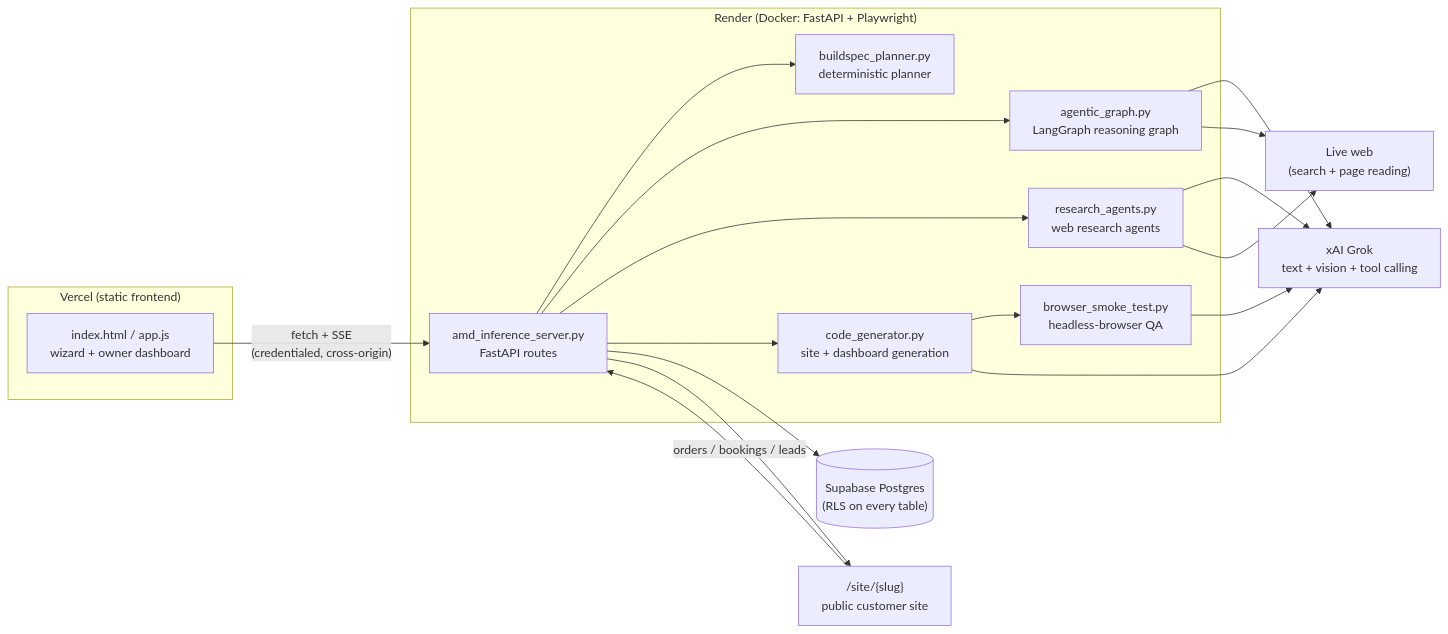
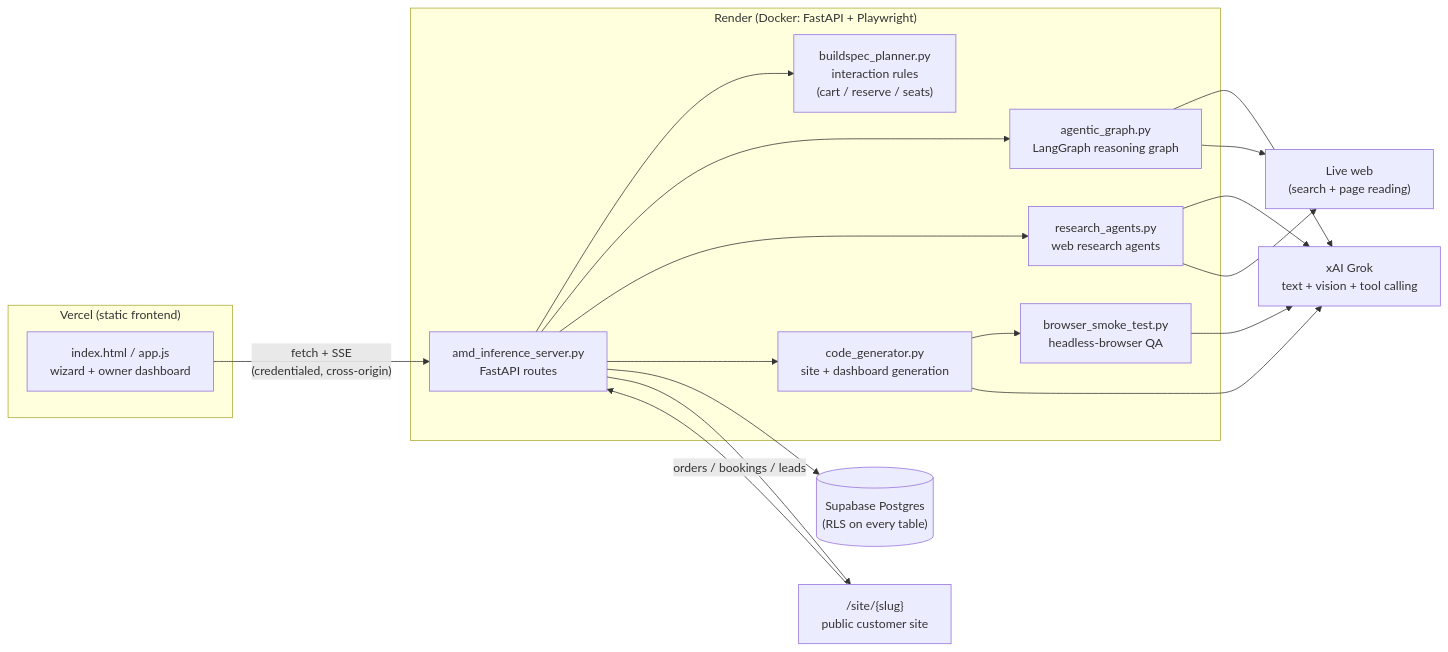
The first of 2 diagrams in README.md (Abhij248/LaunchFoundary-AI), drawn with Mermaid before and after one commit. The commit also changed other lines of this file, not shown here.

First line of the commit message:
README: relabel buildspec_planner as interaction rules; tidy hosting note

````diff
--- a/README.md
+++ b/README.md
@@ -40,29 +44,29 @@
 ```mermaid
 flowchart LR
     subgraph Vercel["Vercel (static frontend)"]
         UI["index.html / app.js<br/>wizard + owner dashboard"]
     end
 
     subgraph Render["Render (Docker: FastAPI + Playwright)"]
         API["amd_inference_server.py<br/>FastAPI routes"]
-        BS["buildspec_planner.py<br/>deterministic planner"]
+        BS["buildspec_planner.py<br/>interaction rules<br/>(cart / reserve / seats)"]
         G["agentic_graph.py<br/>LangGraph reasoning graph"]
         R["research_agents.py<br/>web research agents"]
         CG["code_generator.py<br/>site + dashboard generation"]
         ST["browser_smoke_test.py<br/>headless-browser QA"]
     end
 
     DB[("Supabase Postgres<br/>(RLS on every table)")]
     LLM["xAI Grok<br/>text + vision + tool calling"]
     WEB["Live web<br/>(search + page reading)"]
     SITE["/site/{slug}<br/>public customer site"]
 
     UI -- "fetch + SSE<br/>(credentialed, cross-origin)" --> API
     API --> BS & G & R & CG
     CG --> ST
     G & R & CG & ST --> LLM
     G & R --> WEB
     API --> DB
     API --> SITE
     SITE -- "orders / bookings / leads" --> API
 ```
````
